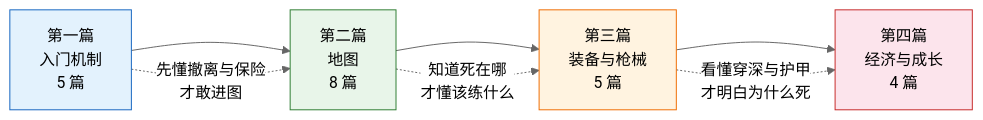
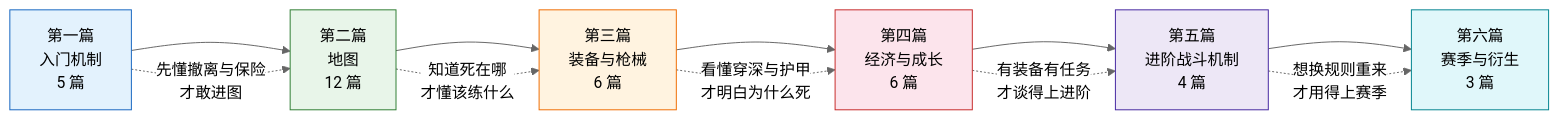
One commit to GTX950L/tarkov-encyclopedia changed the diagram in content/README.md. Above: the diagram before and after it, drawn with Mermaid (neutral theme). The commit also changed other lines of this file and 44 other files, not shown here.

````diff
--- a/content/README.md
+++ b/content/README.md
@@ -16,15 +16,21 @@
 ```mermaid
 flowchart LR
-    A[第一篇<br/>入门机制<br/>5 篇] --> B[第二篇<br/>地图<br/>8 篇]
-    B --> C[第三篇<br/>装备与枪械<br/>5 篇]
-    C --> D[第四篇<br/>经济与成长<br/>4 篇]
+    A[第一篇<br/>入门机制<br/>5 篇] --> B[第二篇<br/>地图<br/>12 篇]
+    B --> C[第三篇<br/>装备与枪械<br/>6 篇]
+    C --> D[第四篇<br/>经济与成长<br/>6 篇]
+    D --> E[第五篇<br/>进阶战斗机制<br/>4 篇]
+    E --> F[第六篇<br/>赛季与衍生<br/>3 篇]
 
     A -. 先懂撤离与保险<br/>才敢进图 .-> B
     B -. 知道死在哪<br/>才懂该练什么 .-> C
     C -. 看懂穿深与护甲<br/>才明白为什么死 .-> D
+    D -. 有装备有任务<br/>才谈得上进阶 .-> E
+    E -. 想换规则重来<br/>才用得上赛季 .-> F
 
     style A fill:#e3f2fd,stroke:#1565c0
     style B fill:#e8f5e9,stroke:#2e7d32
     style C fill:#fff3e0,stroke:#ef6c00
     style D fill:#fce4ec,stroke:#c62828
+    style E fill:#ede7f6,stroke:#4527a0
+    style F fill:#e0f7fa,stroke:#00838f
 ```
````
